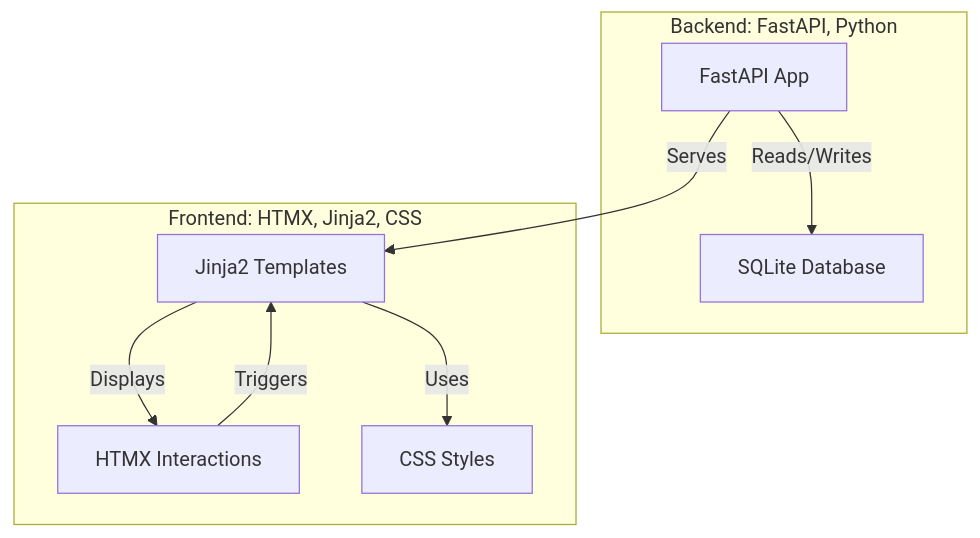
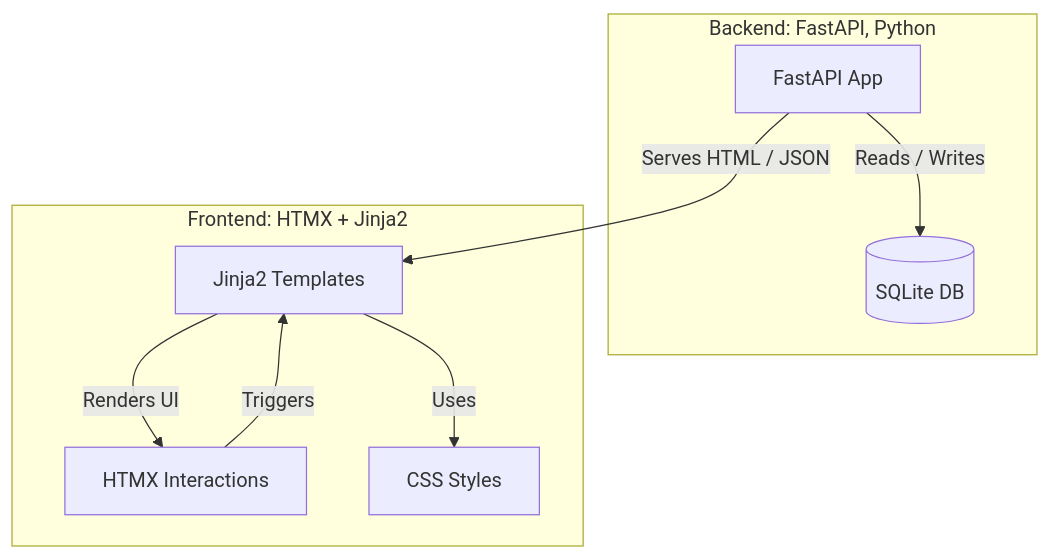
The diagram in README.md (chickenanarchy/sd_image_gallery), drawn with Mermaid before and after one commit. The commit also changed other lines of this file, not shown here.

Commit message:
docs: restructure README (architecture section, polished headings)

````diff
--- a/README.md
+++ b/README.md
@@ -7,19 +8,17 @@
 ```mermaid
 graph TD
   subgraph Backend [Backend: FastAPI, Python]
     A[FastAPI App]
-    B[SQLite Database]
-    A -->|Reads/Writes| B
+    B[(SQLite DB)]
+    A -->|Reads / Writes| B
   end
-
-  subgraph Frontend [Frontend: HTMX, Jinja2, CSS]
+  subgraph Frontend [Frontend: HTMX + Jinja2]
     C[HTMX Interactions]
     D[Jinja2 Templates]
     E[CSS Styles]
     D -->|Uses| E
     C -->|Triggers| D
   end
-
-  A -->|Serves| D
-  D -->|Displays| C
+  A -->|Serves HTML / JSON| D
+  D -->|Renders UI| C
 ```
````
